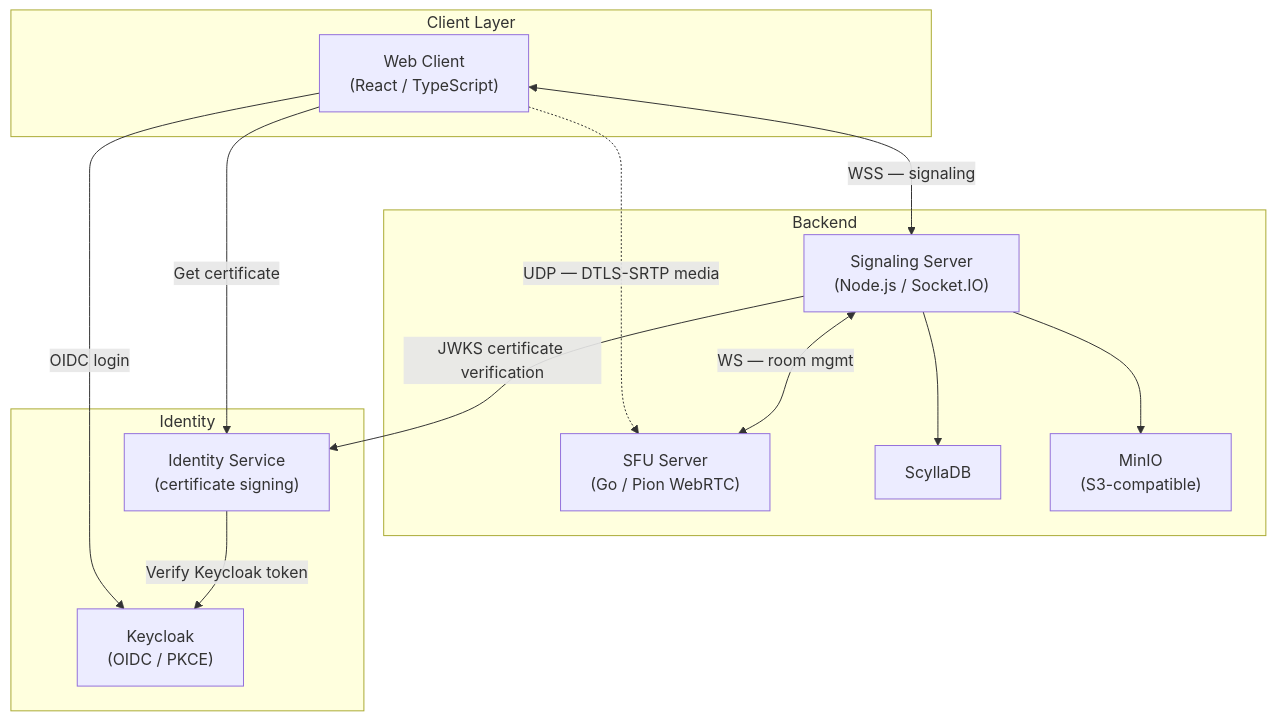
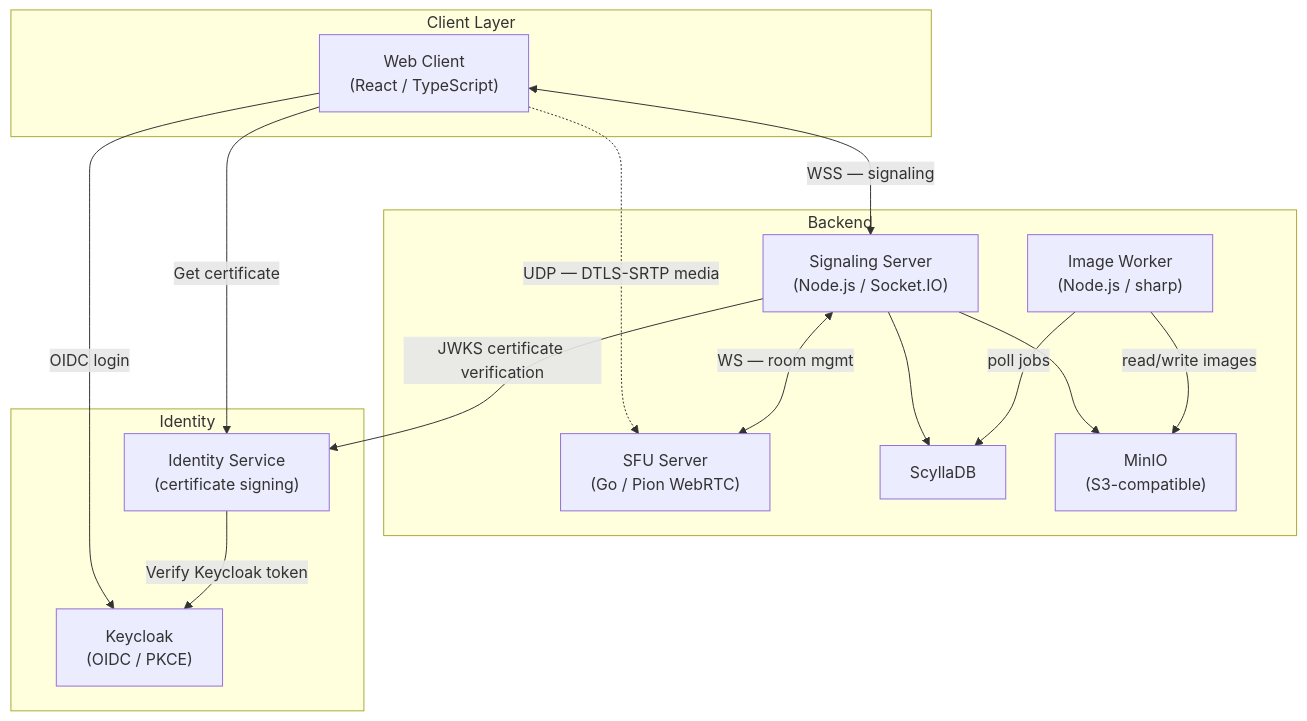
The first of 4 diagrams in content/docs/guide/architecture.mdx (Gryt-chat/docs), drawn with Mermaid before and after one commit. The commit also changed other lines of this file and 4 other files, not shown here.

````diff
--- a/content/docs/guide/architecture.mdx
+++ b/content/docs/guide/architecture.mdx
@@ -9,28 +9,31 @@
 ```mermaid
 graph TB
-  subgraph Client Layer
+  subgraph clientLayer [Client Layer]
     WC["Web Client\n(React / TypeScript)"]
   end
 
-  subgraph Backend
+  subgraph backend [Backend]
     GS["Signaling Server\n(Node.js / Socket.IO)"]
     SFU["SFU Server\n(Go / Pion WebRTC)"]
+    IW["Image Worker\n(Node.js / sharp)"]
     DB["ScyllaDB"]
     S3["MinIO\n(S3-compatible)"]
   end
 
-  subgraph Identity
+  subgraph identity [Identity]
     Auth["Keycloak\n(OIDC / PKCE)"]
     IS["Identity Service\n(certificate signing)"]
   end
 
   WC <-->|"WSS — signaling"| GS
   WC -.->|"UDP — DTLS-SRTP media"| SFU
   WC -->|"OIDC login"| Auth
   WC -->|"Get certificate"| IS
   IS -->|"Verify Keycloak token"| Auth
   GS <-->|"WS — room mgmt"| SFU
   GS --> DB
   GS --> S3
+  IW -->|"poll jobs"| DB
+  IW -->|"read/write images"| S3
   GS -->|"JWKS certificate verification"| IS
 ```
````
